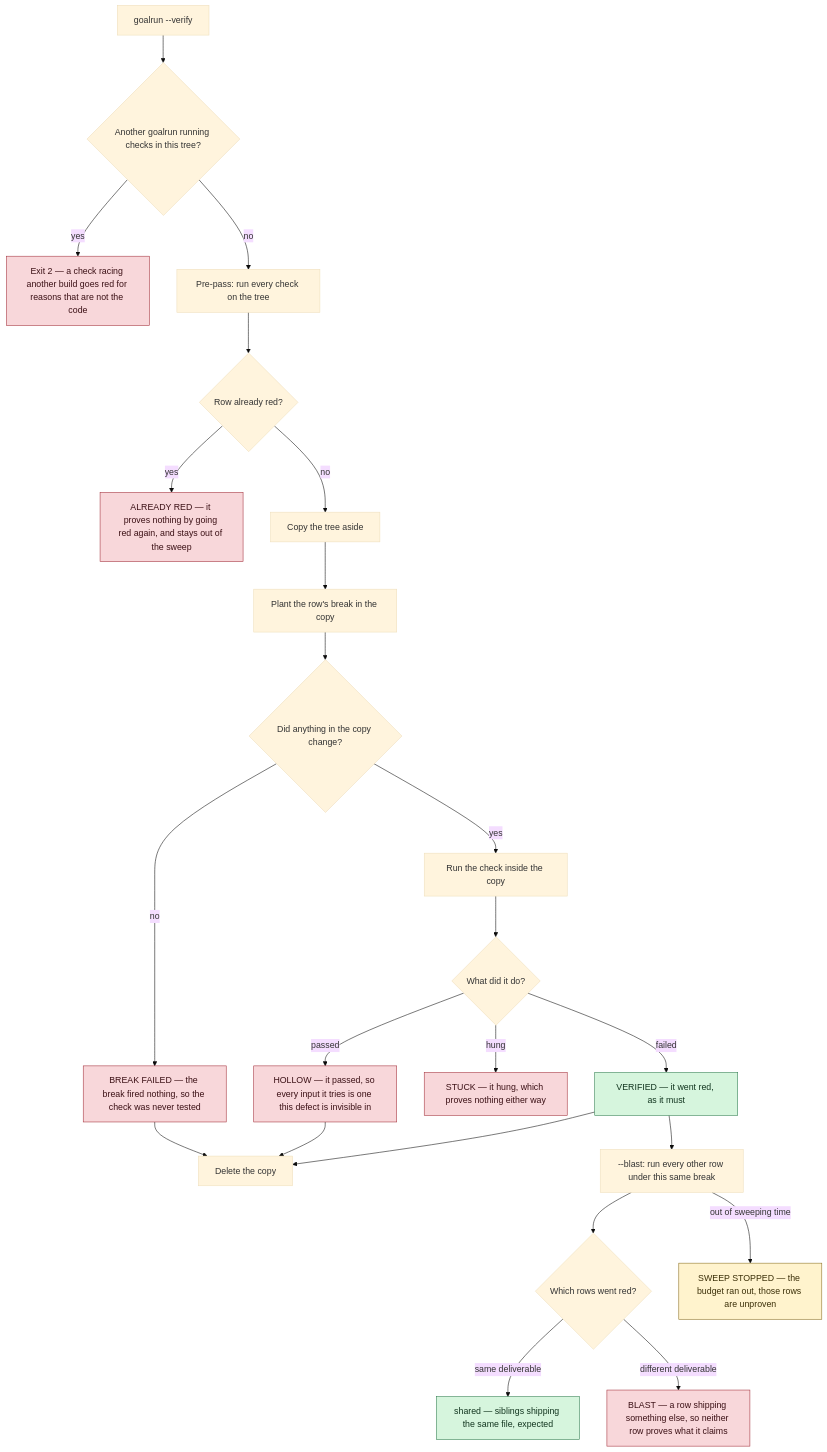
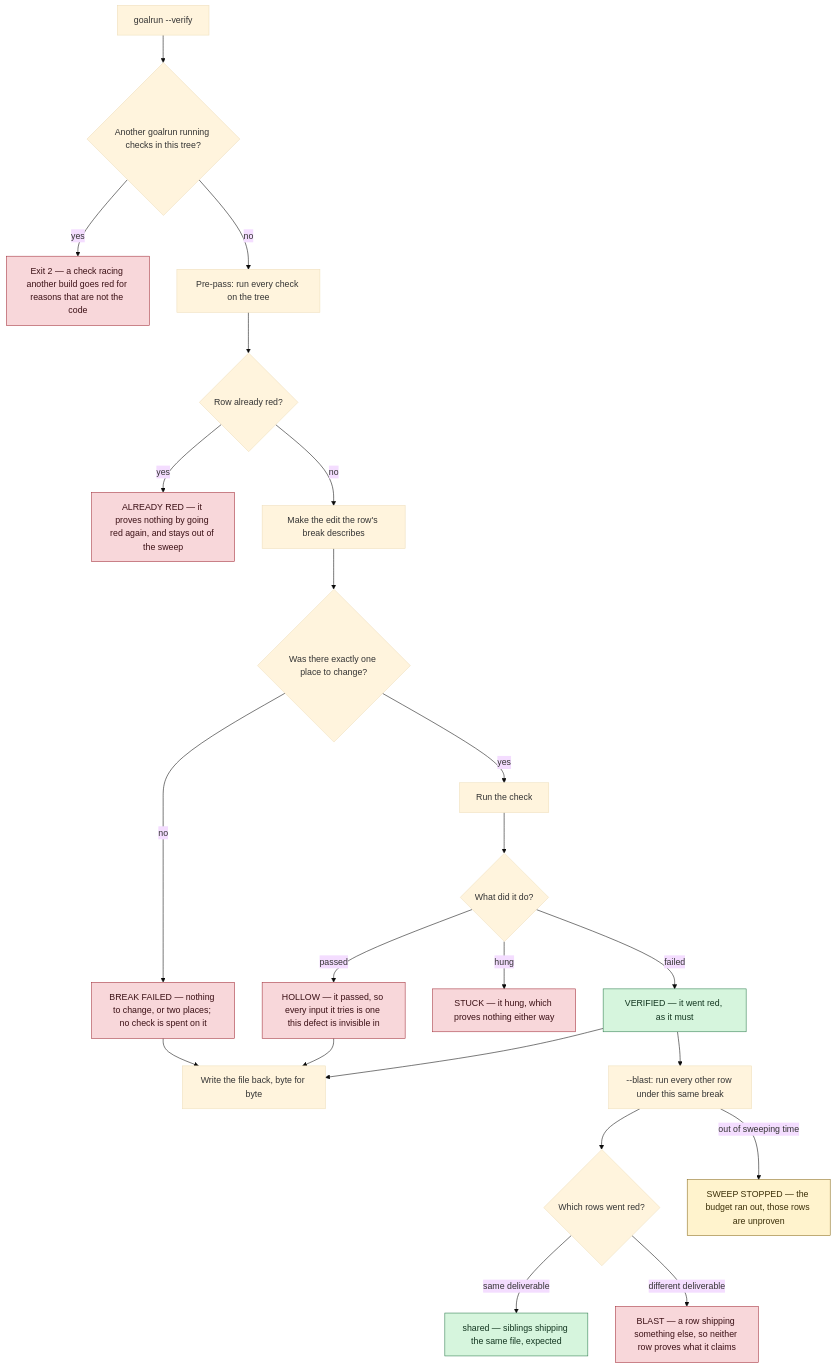
One commit to xtieume/testcase changed the fourth of 4 diagrams in docs/how-it-works.md. Above: the diagram before and after it, drawn with Mermaid (base theme). The commit also changed other lines of this file and 5 other files, not shown here.

First line of the commit message:
feat(goalrun)!: a break is an edit the script makes, not a command it runs

````diff
--- a/docs/how-it-works.md
+++ b/docs/how-it-works.md
@@ -149,61 +149,59 @@
 ```mermaid
 flowchart TD
     V["goalrun --verify"]
     LOCK{"Another goalrun running checks in this tree?"}
     STOPL["Exit 2 — a check racing another build goes red for reasons that are not the code"]
 
     PRE["Pre-pass: run every check on the tree"]
     RED{"Row already red?"}
     AR["ALREADY RED — it proves nothing by going red again, and stays out of the sweep"]
 
-    CLONE["Copy the tree aside"]
-    PLANT["Plant the row's break in the copy"]
-    MOVED{"Did anything in the copy change?"}
-    BF["BREAK FAILED — the break fired nothing, so the check was never tested"]
+    PLANT["Make the edit the row's break describes"]
+    MOVED{"Was there exactly one place to change?"}
+    BF["BREAK FAILED — nothing to change, or two places; no check is spent on it"]
 
-    CHECK["Run the check inside the copy"]
+    CHECK["Run the check"]
     RESULT{"What did it do?"}
     HOLLOW["HOLLOW — it passed, so every input it tries is one this defect is invisible in"]
     STUCK["STUCK — it hung, which proves nothing either way"]
     VERIFIED["VERIFIED — it went red, as it must"]
-    DROP["Delete the copy"]
+    DROP["Write the file back, byte for byte"]
 
     SWEEP["--blast: run every other row under this same break"]
     SIB{"Which rows went red?"}
     SHARED["shared — siblings shipping the same file, expected"]
     BLAST["BLAST — a row shipping something else, so neither row proves what it claims"]
     BUDGET["SWEEP STOPPED — the budget ran out, those rows are unproven"]
 
     V --> LOCK
     LOCK -->|"yes"| STOPL
     LOCK -->|"no"| PRE
     PRE --> RED
     RED -->|"yes"| AR
-    RED -->|"no"| CLONE
-    CLONE --> PLANT
+    RED -->|"no"| PLANT
     PLANT --> MOVED
     MOVED -->|"no"| BF
     MOVED -->|"yes"| CHECK
     CHECK --> RESULT
     RESULT -->|"passed"| HOLLOW
     RESULT -->|"hung"| STUCK
     RESULT -->|"failed"| VERIFIED
     VERIFIED --> SWEEP
     SWEEP --> SIB
     SIB -->|"same deliverable"| SHARED
     SIB -->|"different deliverable"| BLAST
     SWEEP -->|"out of sweeping time"| BUDGET
     VERIFIED --> DROP
     HOLLOW --> DROP
     BF --> DROP
 
     style VERIFIED fill:#d6f5dd,stroke:#2f7d4f,color:#12351f
     style SHARED fill:#d6f5dd,stroke:#2f7d4f,color:#12351f
     style HOLLOW fill:#f8d7da,stroke:#a3303b,color:#3b1015
     style STUCK fill:#f8d7da,stroke:#a3303b,color:#3b1015
     style BLAST fill:#f8d7da,stroke:#a3303b,color:#3b1015
     style BF fill:#f8d7da,stroke:#a3303b,color:#3b1015
     style AR fill:#f8d7da,stroke:#a3303b,color:#3b1015
     style STOPL fill:#f8d7da,stroke:#a3303b,color:#3b1015
     style BUDGET fill:#fff3cd,stroke:#8a6d1f,color:#3b2f08
 ```
````
